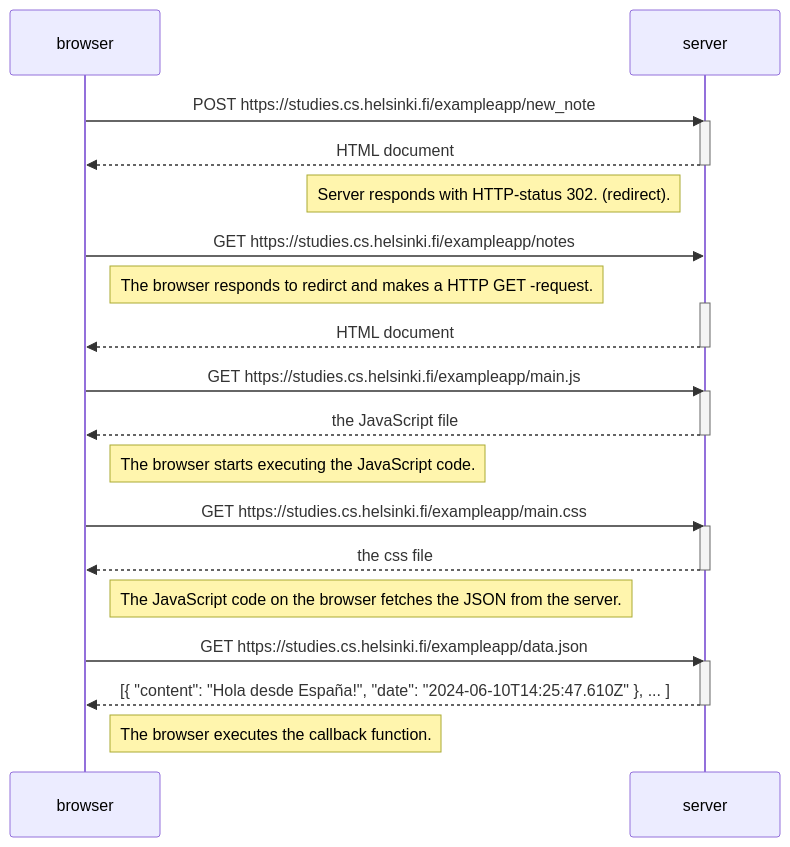
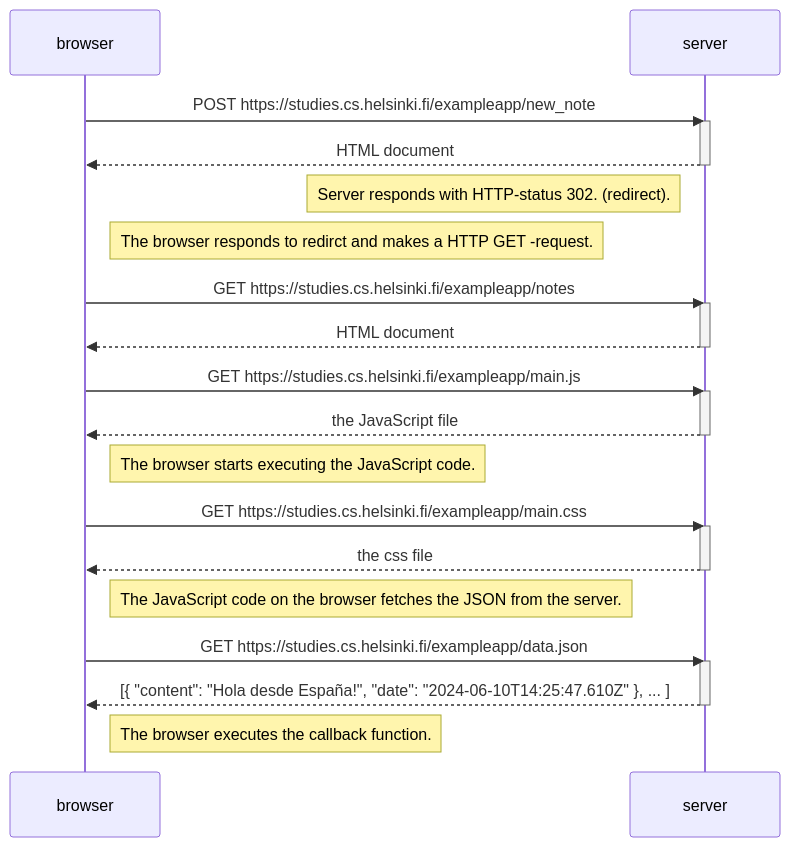
The diagram in Osa0/04_uusimuistiinpano.md (tjvalkonen/FullStackOpen), drawn with Mermaid before and after one commit. The commit also changed other lines of this file and 1 other file, not shown here.

````diff
--- a/Osa0/04_uusimuistiinpano.md
+++ b/Osa0/04_uusimuistiinpano.md
@@ -1,37 +1,37 @@
 ```mermaid
 sequenceDiagram
     participant browser
     participant server
 
     browser->>server: POST https://studies.cs.helsinki.fi/exampleapp/new_note
     activate server
     server-->>browser: HTML document
     deactivate server
 
 Note left of server: Server responds with HTTP-status 302. (redirect).
 
+Note right of browser: The browser responds to redirct and makes a HTTP GET -request.
     browser->>server: GET https://studies.cs.helsinki.fi/exampleapp/notes
-Note right of browser: The browser responds to redirct and makes a HTTP GET -request.
     activate server
     server-->>browser: HTML document
     deactivate server
 
     browser->>server: GET https://studies.cs.helsinki.fi/exampleapp/main.js
     activate server
     server-->>browser: the JavaScript file
     deactivate server
 Note right of browser: The browser starts executing the JavaScript code.
 
     browser->>server: GET https://studies.cs.helsinki.fi/exampleapp/main.css
     activate server
     server-->>browser: the css file
     deactivate server
 
 Note right of browser: The JavaScript code on the browser fetches the JSON from the server.
     browser->>server: GET https://studies.cs.helsinki.fi/exampleapp/data.json
     activate server
     server-->>browser: [{ "content": "Hola desde España!", "date": "2024-06-10T14:25:47.610Z" }, ... ]
     deactivate server
 
 Note right of browser: The browser executes the callback function.
 ```
````
